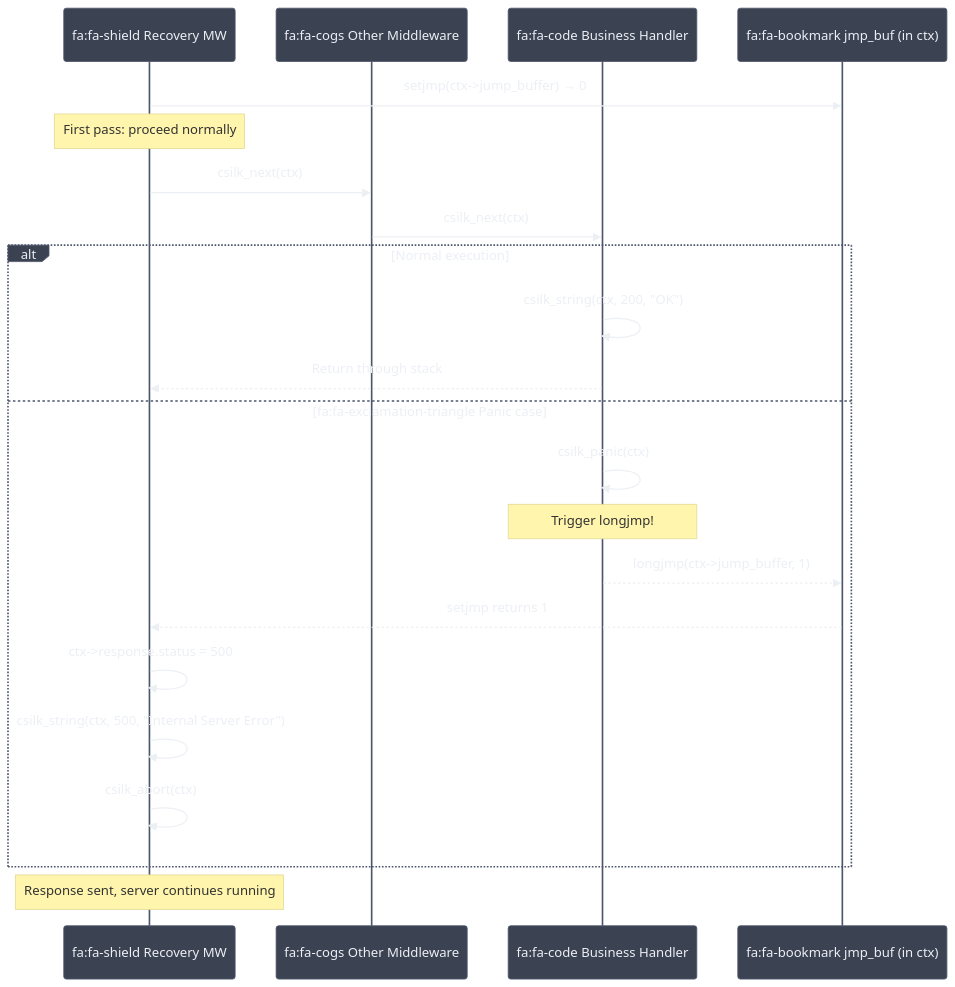
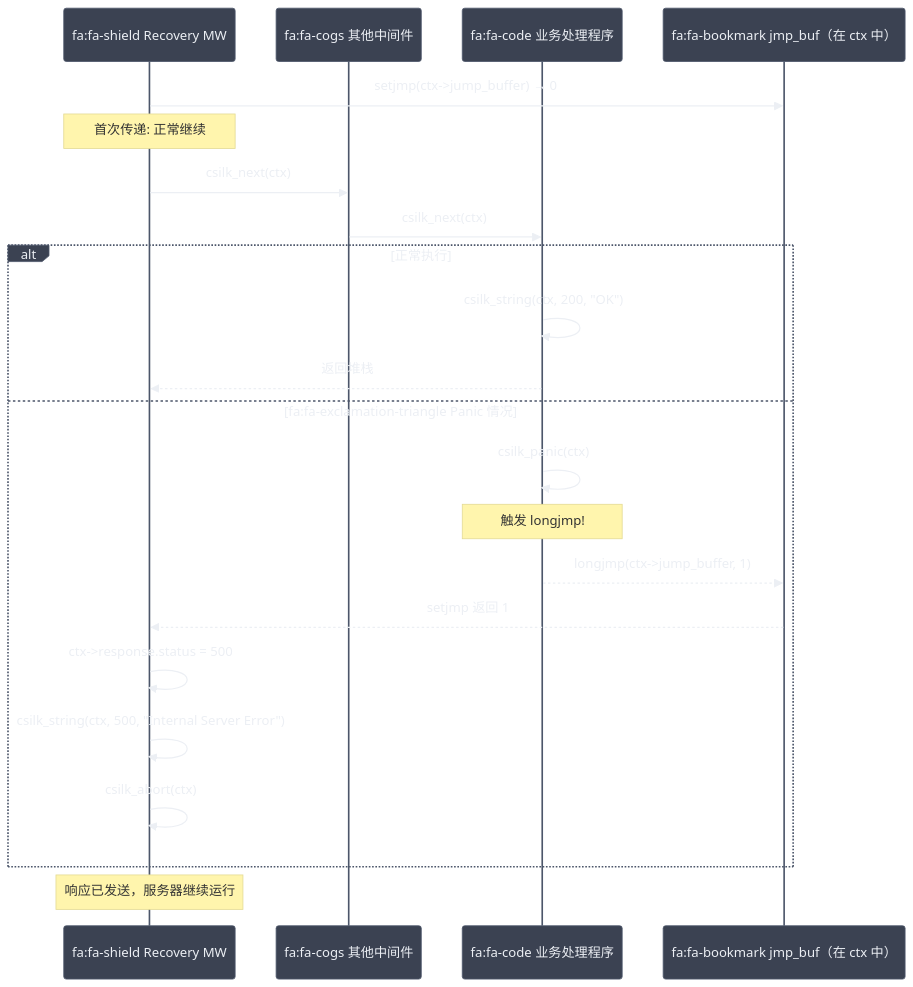
One commit to quintin-lee/csilk changed the sixth of 12 diagrams in docs/zh-CN/architecture.md. Above: the diagram before and after it, drawn with Mermaid. The commit also changed other lines of this file and 1 other file, not shown here.

Commit message:
docs(zh-CN): 📝 refine Chinese translations for architecture and getting-started

````diff
--- a/docs/zh-CN/architecture.md
+++ b/docs/zh-CN/architecture.md
@@ -355,48 +365,48 @@
 ```mermaid
 %%{init: {
   'theme': 'base',
   'themeVariables': {
     'background': '#2E3440',
     'primaryColor': '#81A1C1',
     'primaryBorderColor': '#4C566A',
     'primaryTextColor': '#ECEFF4',
     'secondaryColor': '#3B4252',
     'secondaryBorderColor': '#434C5E',
     'secondaryTextColor': '#D8DEE9',
     'lineColor': '#81A1C1',
     'textColor': '#ECEFF4',
     'mainBkg': '#3B4252',
     'nodeBorder': '#4C566A',
     'clusterBkg': '#2E3440',
     'clusterBorder': '#4C566A',
     'titleColor': '#ECEFF4',
     'edgeLabelBackground': '#3B4252',
     'nodeTextColor': '#ECEFF4'
   }
 }}%%
 sequenceDiagram
     participant REC as fa:fa-shield Recovery MW
-    participant MW as fa:fa-cogs Other Middleware
-    participant H as fa:fa-code Business Handler
-    participant JB as fa:fa-bookmark jmp_buf (in ctx)
+    participant MW as fa:fa-cogs 其他中间件
+    participant H as fa:fa-code 业务处理程序
+    participant JB as fa:fa-bookmark jmp_buf（在 ctx 中）
 
     REC->>JB: setjmp(ctx->jump_buffer) → 0
-    Note over REC: First pass: proceed normally
+    Note over REC: 首次传递: 正常继续
     REC->>MW: csilk_next(ctx)
     MW->>H: csilk_next(ctx)
 
-    alt Normal execution
+    alt 正常执行
         H->>H: csilk_string(ctx, 200, "OK")
-        H-->>REC: Return through stack
-    else fa:fa-exclamation-triangle Panic case
+        H-->>REC: 返回堆栈
+    else fa:fa-exclamation-triangle Panic 情况
         H->>H: csilk_panic(ctx)
-        Note over H: Trigger longjmp!
+        Note over H: 触发 longjmp!
         H-->>JB: longjmp(ctx->jump_buffer, 1)
-        JB-->>REC: setjmp returns 1
+        JB-->>REC: setjmp 返回 1
         REC->>REC: ctx->response.status = 500
         REC->>REC: csilk_string(ctx, 500, "Internal Server Error")
         REC->>REC: csilk_abort(ctx)
     end
 
-    Note over REC: Response sent, server continues running
+    Note over REC: 响应已发送，服务器继续运行
 ```
````
